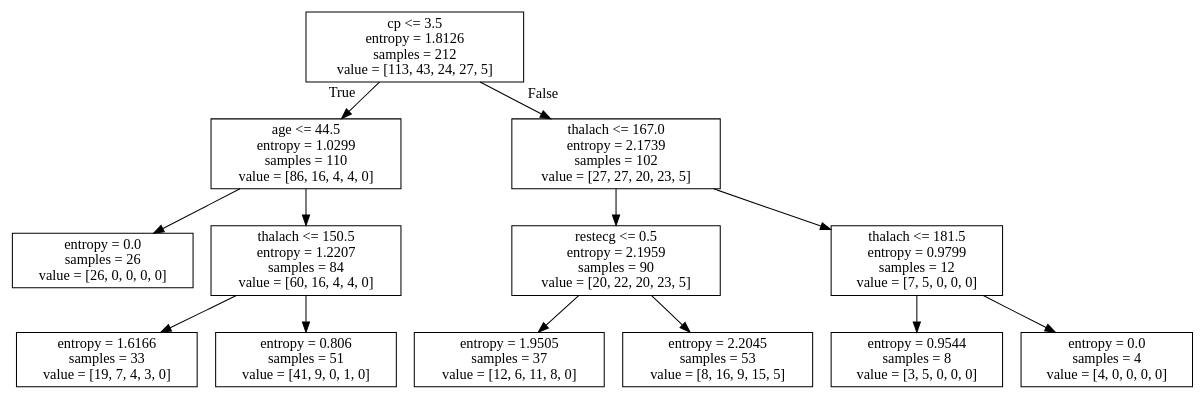
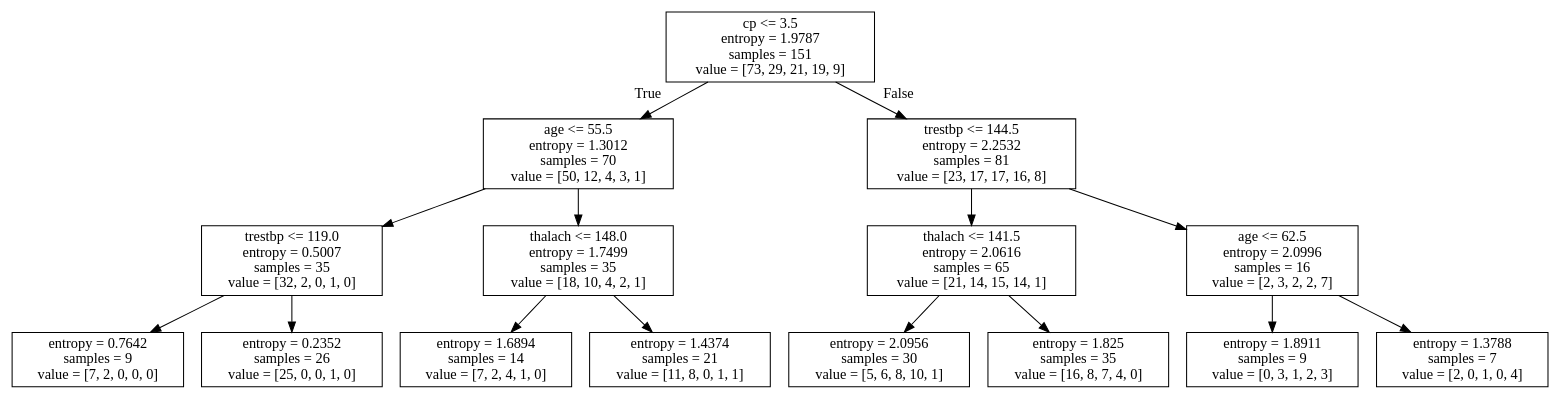
The diagram in result/jantung.dot (bramantyoa/heart-disease-and-diabetes-expert-system), drawn with Graphviz before and after one commit. The commit also changed 20 other files, not shown here.

```diff
--- a/result/jantung.dot
+++ b/result/jantung.dot
@@ -1,28 +1,32 @@
 digraph Tree {
 node [shape=box] ;
-0 [label="cp <= 3.5\nentropy = 1.8126\nsamples = 212\nvalue = [113, 43, 24, 27, 5]"] ;
-1 [label="age <= 44.5\nentropy = 1.0299\nsamples = 110\nvalue = [86, 16, 4, 4, 0]"] ;
+0 [label="cp <= 3.5\nentropy = 1.9787\nsamples = 151\nvalue = [73, 29, 21, 19, 9]"] ;
+1 [label="age <= 55.5\nentropy = 1.3012\nsamples = 70\nvalue = [50, 12, 4, 3, 1]"] ;
 0 -> 1 [labeldistance=2.5, labelangle=45, headlabel="True"] ;
-2 [label="entropy = 0.0\nsamples = 26\nvalue = [26, 0, 0, 0, 0]"] ;
+2 [label="trestbp <= 119.0\nentropy = 0.5007\nsamples = 35\nvalue = [32, 2, 0, 1, 0]"] ;
 1 -> 2 ;
-3 [label="thalach <= 150.5\nentropy = 1.2207\nsamples = 84\nvalue = [60, 16, 4, 4, 0]"] ;
-1 -> 3 ;
-4 [label="entropy = 1.6166\nsamples = 33\nvalue = [19, 7, 4, 3, 0]"] ;
-3 -> 4 ;
-5 [label="entropy = 0.806\nsamples = 51\nvalue = [41, 9, 0, 1, 0]"] ;
-3 -> 5 ;
-6 [label="thalach <= 167.0\nentropy = 2.1739\nsamples = 102\nvalue = [27, 27, 20, 23, 5]"] ;
-0 -> 6 [labeldistance=2.5, labelangle=-45, headlabel="False"] ;
-7 [label="restecg <= 0.5\nentropy = 2.1959\nsamples = 90\nvalue = [20, 22, 20, 23, 5]"] ;
-6 -> 7 ;
-8 [label="entropy = 1.9505\nsamples = 37\nvalue = [12, 6, 11, 8, 0]"] ;
-7 -> 8 ;
-9 [label="entropy = 2.2045\nsamples = 53\nvalue = [8, 16, 9, 15, 5]"] ;
-7 -> 9 ;
-10 [label="thalach <= 181.5\nentropy = 0.9799\nsamples = 12\nvalue = [7, 5, 0, 0, 0]"] ;
-6 -> 10 ;
-11 [label="entropy = 0.9544\nsamples = 8\nvalue = [3, 5, 0, 0, 0]"] ;
-10 -> 11 ;
-12 [label="entropy = 0.0\nsamples = 4\nvalue = [4, 0, 0, 0, 0]"] ;
-10 -> 12 ;
+3 [label="entropy = 0.7642\nsamples = 9\nvalue = [7, 2, 0, 0, 0]"] ;
+2 -> 3 ;
+4 [label="entropy = 0.2352\nsamples = 26\nvalue = [25, 0, 0, 1, 0]"] ;
+2 -> 4 ;
+5 [label="thalach <= 148.0\nentropy = 1.7499\nsamples = 35\nvalue = [18, 10, 4, 2, 1]"] ;
+1 -> 5 ;
+6 [label="entropy = 1.6894\nsamples = 14\nvalue = [7, 2, 4, 1, 0]"] ;
+5 -> 6 ;
+7 [label="entropy = 1.4374\nsamples = 21\nvalue = [11, 8, 0, 1, 1]"] ;
+5 -> 7 ;
+8 [label="trestbp <= 144.5\nentropy = 2.2532\nsamples = 81\nvalue = [23, 17, 17, 16, 8]"] ;
+0 -> 8 [labeldistance=2.5, labelangle=-45, headlabel="False"] ;
+9 [label="thalach <= 141.5\nentropy = 2.0616\nsamples = 65\nvalue = [21, 14, 15, 14, 1]"] ;
+8 -> 9 ;
+10 [label="entropy = 2.0956\nsamples = 30\nvalue = [5, 6, 8, 10, 1]"] ;
+9 -> 10 ;
+11 [label="entropy = 1.825\nsamples = 35\nvalue = [16, 8, 7, 4, 0]"] ;
+9 -> 11 ;
+12 [label="age <= 62.5\nentropy = 2.0996\nsamples = 16\nvalue = [2, 3, 2, 2, 7]"] ;
+8 -> 12 ;
+13 [label="entropy = 1.8911\nsamples = 9\nvalue = [0, 3, 1, 2, 3]"] ;
+12 -> 13 ;
+14 [label="entropy = 1.3788\nsamples = 7\nvalue = [2, 0, 1, 0, 4]"] ;
+12 -> 14 ;
 }
```
